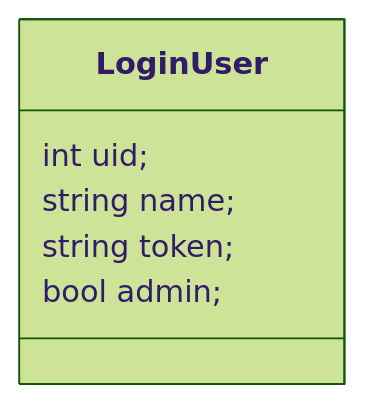
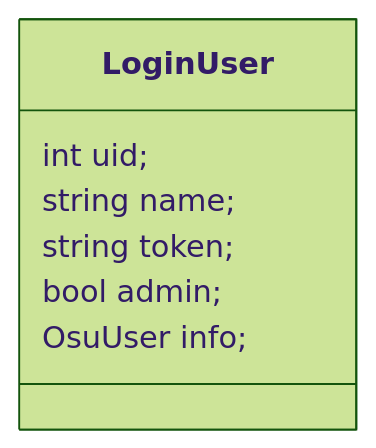
Before and after one commit to HollisMeynell/osu-framework: the diagram in docs/docs/02-api/login/03-login.md, drawn with Mermaid (forest theme). The commit also changed other lines of this file and 3 other files, not shown here.

````diff
--- a/docs/docs/02-api/login/03-login.md
+++ b/docs/docs/02-api/login/03-login.md
@@ -25,9 +25,10 @@
 ```mermaid
 classDiagram
 class LoginUser {
     int uid;
     string name;
     string token;
     bool admin;
+    OsuUser info;
 }
 ```
````
